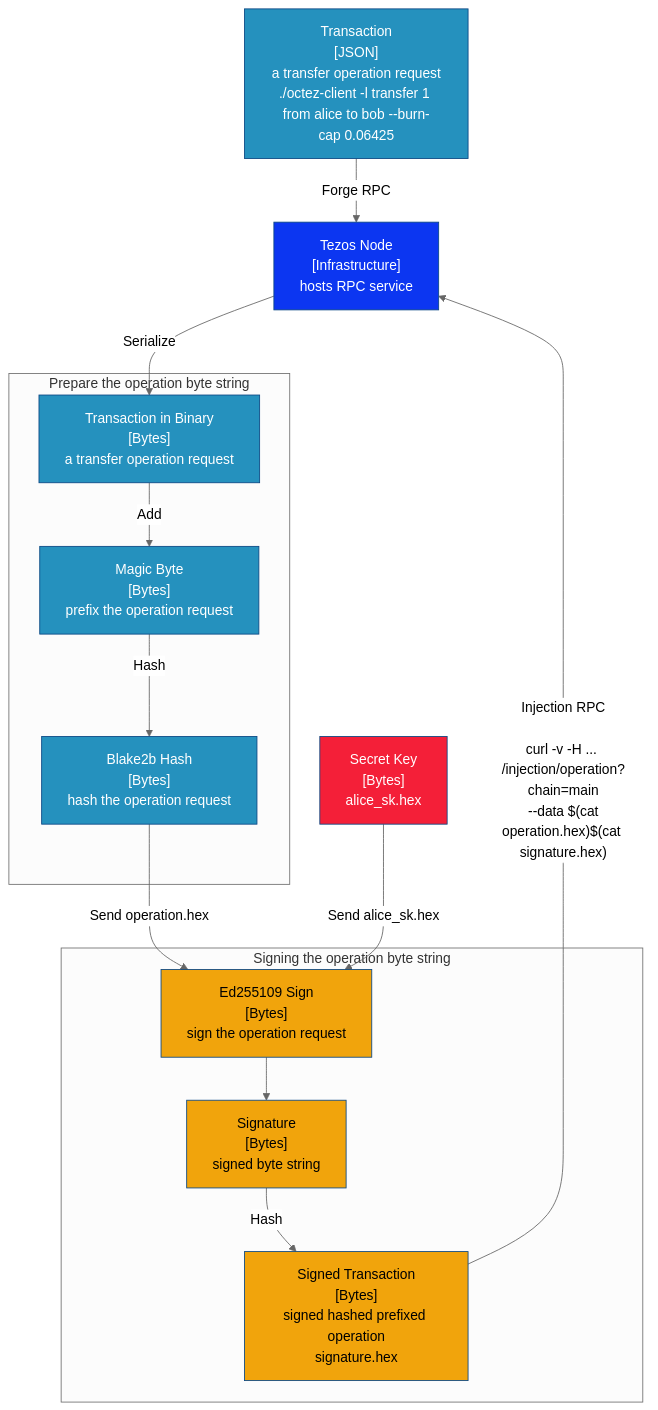
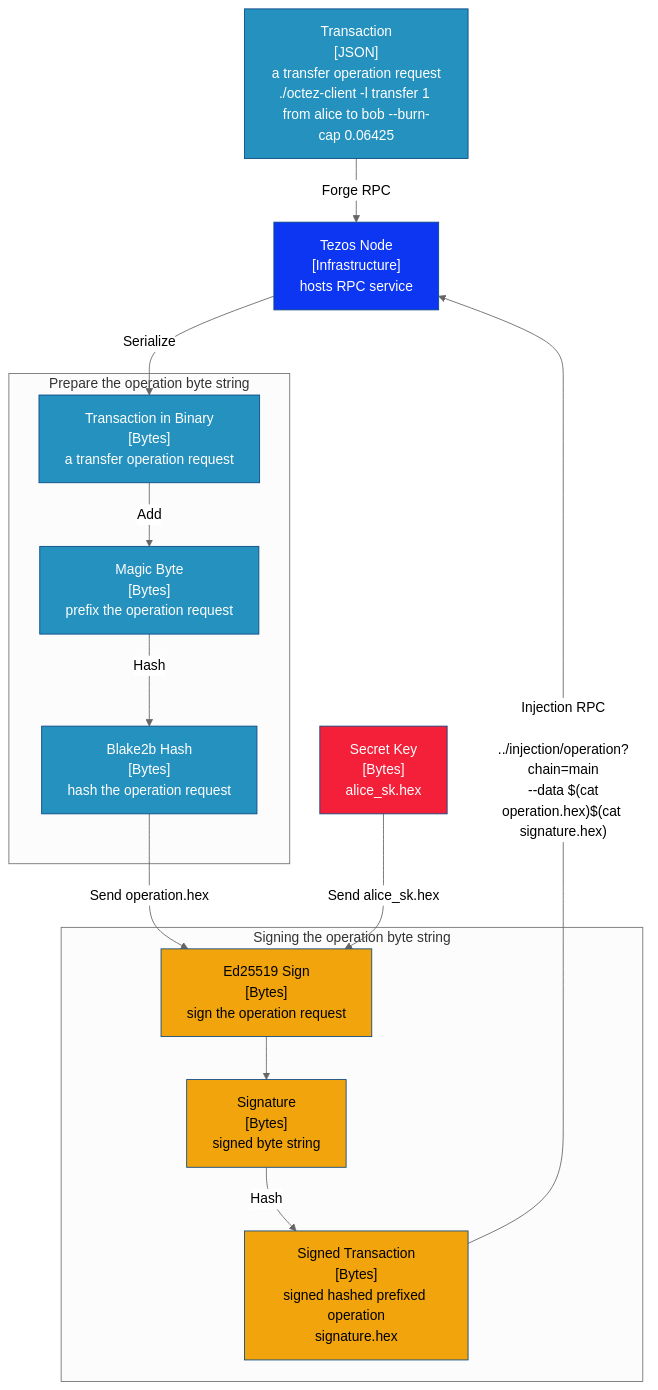
One commit to ecadlabs/signatory changed the fourth of 4 diagrams in docs/signatory-architecture.md. Above: the diagram before and after it, drawn with Mermaid (neutral theme).

Commit message:
corrected ed2551009 error

````diff
--- a/docs/signatory-architecture.md
+++ b/docs/signatory-architecture.md
@@ -207,71 +207,71 @@
 ```mermaid
 flowchart TB
 
 TJ["Transaction
 [JSON]
 a transfer operation request<br>./octez-client -l transfer 1 from alice to bob --burn-cap 0.06425"]
 
 TN["Tezos Node
 [Infrastructure]
 hosts RPC service"]
 
 TB["Transaction in Binary
 [Bytes]
 a transfer operation request"]
 
 W["Magic Byte 
 [Bytes]
 prefix the operation request"]
 
 B["Blake2b Hash
 [Bytes]
 hash the operation request"]
 
-ED["Ed255109 Sign
+ED["Ed25519 Sign
 [Bytes]
 sign the operation request"]
 
 SK["Secret Key
 [Bytes]
 alice_sk.hex"]
 
 SIG["Signature
 [Bytes]
 signed byte string"]
 
 ST["Signed Transaction
 [Bytes]
 signed hashed prefixed operation
 signature.hex"]
 
 TJ-- "Forge RPC" -->TN
 TN-- "Serialize
 " -->TB
 
 
 subgraph Prepare the operation byte string
 TB-- "Add" -->W
 W-- "Hash" -->B
 end
 
 B-- "Send operation.hex" -->ED
 SK-- "Send alice_sk.hex" -->ED
 
 subgraph Signing the operation byte string
 ED  -->SIG
 SIG--"Hash " -->ST
 end
 
 ST-- "Injection RPC<br>
-curl -v -H ... <br>/injection/operation?chain=main<br> --data $(cat operation.hex)$(cat signature.hex)" -->TN
+../injection/operation?chain=main<br> --data $(cat operation.hex)$(cat signature.hex)" -->TN
 
 classDef node fill:#0C36F1,stroke:#0b4884,color:#ffffff
 classDef key fill:#F41F38,stroke:#0b4884,color:#ffffff
 classDef transaction fill:#2591BE,stroke:#0b4884,color:#ffffff
 classDef signature fill:#F1A40C,stroke:#0b4884,color:#000000
 
 class TJ,TB,W,B transaction
 class TN node
 class SK key
 class ED,SIG,ST signature
 ```
````
